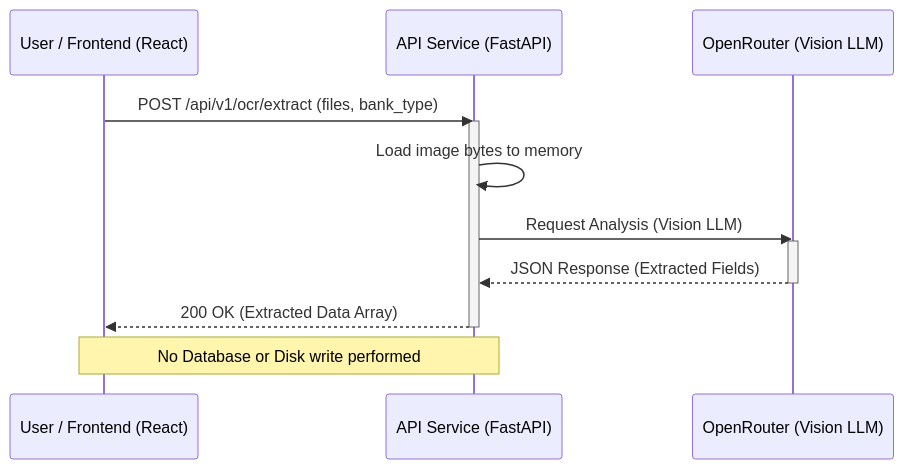
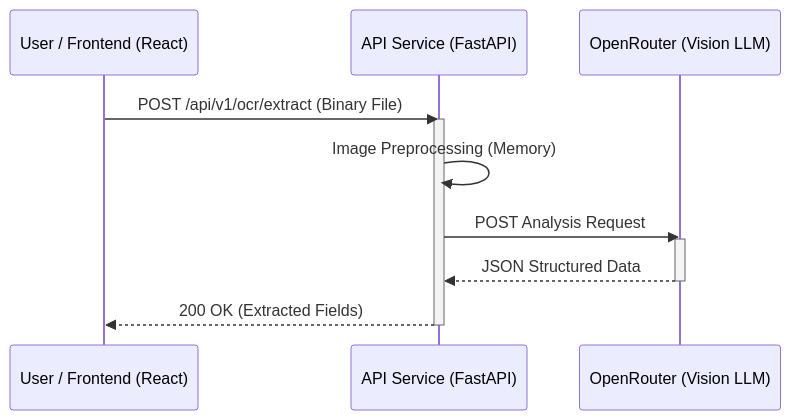
The second of 5 diagrams in docs/Software_Requirements_Specification.md (SupportCarmen/OCR), drawn with Mermaid before and after one commit. The commit also changed other lines of this file, not shown here.

````diff
--- a/docs/Software_Requirements_Specification.md
+++ b/docs/Software_Requirements_Specification.md
@@ -52,17 +81,16 @@
 ```mermaid
 sequenceDiagram
     participant User as User / Frontend (React)
     participant API as API Service (FastAPI)
     participant LLM as OpenRouter (Vision LLM)
 
-    User->>API: POST /api/v1/ocr/extract (files, bank_type)
+    User->>API: POST /api/v1/ocr/extract (Binary File)
     activate API
-    API->>API: Load image bytes to memory
-    API->>LLM: Request Analysis (Vision LLM)
+    API->>API: Image Preprocessing (Memory)
+    API->>LLM: POST Analysis Request
     activate LLM
-    LLM-->>API: JSON Response (Extracted Fields)
+    LLM-->>API: JSON Structured Data
     deactivate LLM
-    API-->>User: 200 OK (Extracted Data Array)
+    API-->>User: 200 OK (Extracted Fields)
     deactivate API
-    Note over User,API: No Database or Disk write performed
 ```
````
